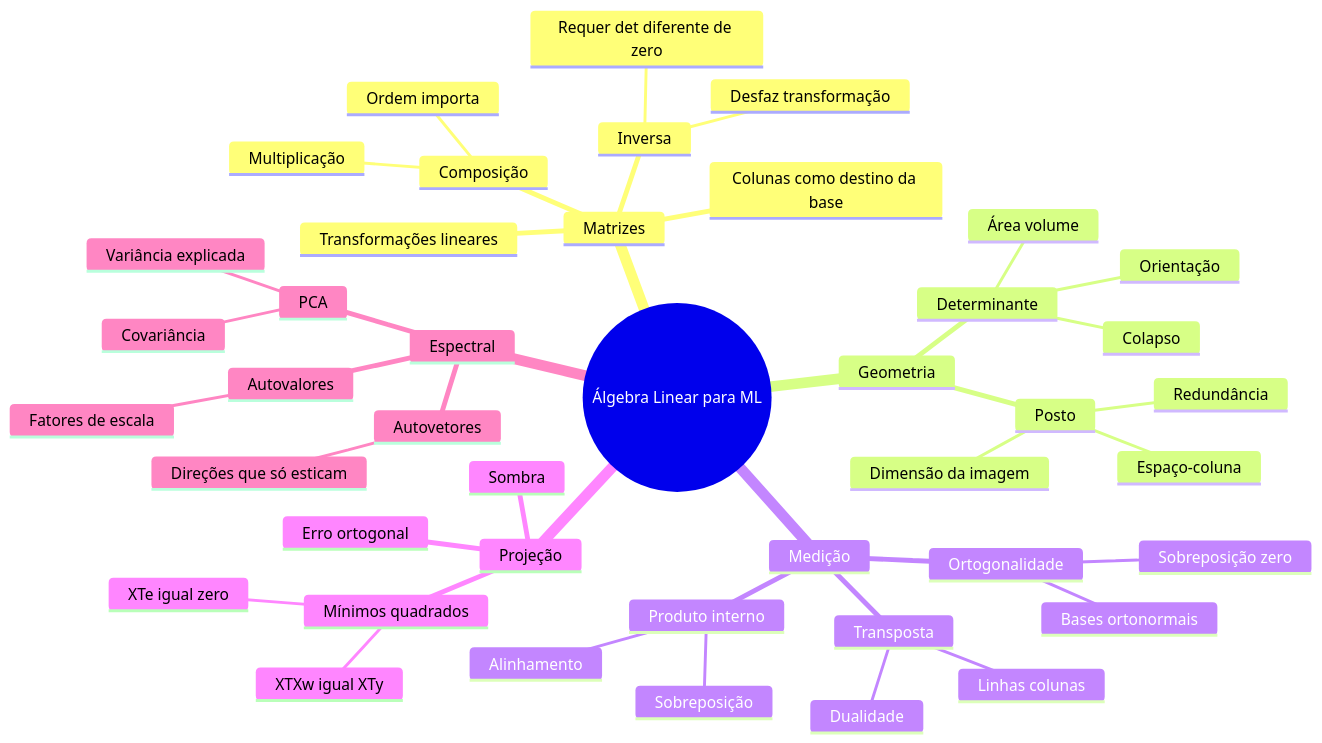
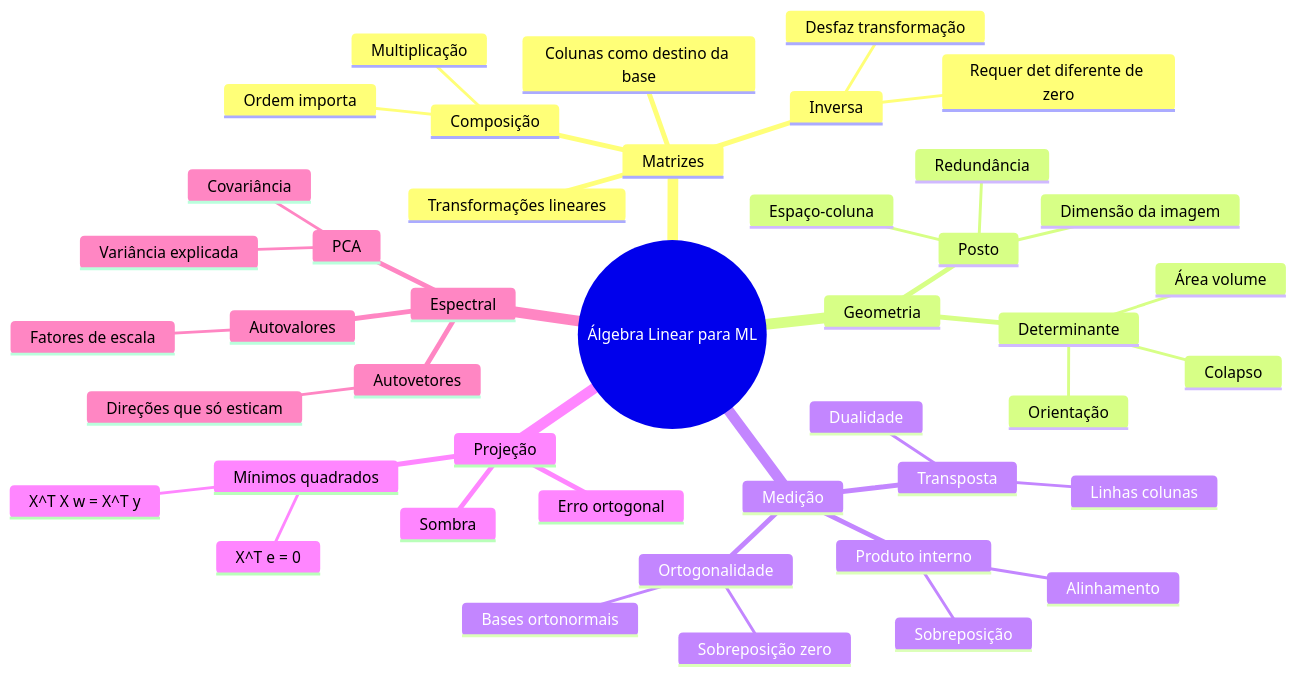
The ninth of 9 diagrams in algebralinear/RESUMO.MD (GabrielFerreiraAbel/Math-to-models), drawn with Mermaid before and after one commit. The commit also changed other lines of this file, not shown here.

````diff
--- a/algebralinear/RESUMO.MD
+++ b/algebralinear/RESUMO.MD
@@ -2477,46 +2477,46 @@
 ```mermaid
 mindmap
   root((Álgebra Linear para ML))
     Matrizes
       Transformações lineares
       Colunas como destino da base
       Composição
         Multiplicação
         Ordem importa
       Inversa
         Desfaz transformação
         Requer det diferente de zero
     Geometria
       Determinante
         Área volume
         Orientação
         Colapso
       Posto
         Dimensão da imagem
         Espaço-coluna
         Redundância
     Medição
       Transposta
         Linhas colunas
         Dualidade
       Produto interno
         Alinhamento
         Sobreposição
       Ortogonalidade
         Sobreposição zero
         Bases ortonormais
     Projeção
       Sombra
       Erro ortogonal
       Mínimos quadrados
-        XTe igual zero
-        XTXw igual XTy
+        X^T e = 0
+        X^T X w = X^T y
     Espectral
       Autovetores
         Direções que só esticam
       Autovalores
         Fatores de escala
       PCA
         Covariância
         Variância explicada
 ```
````
